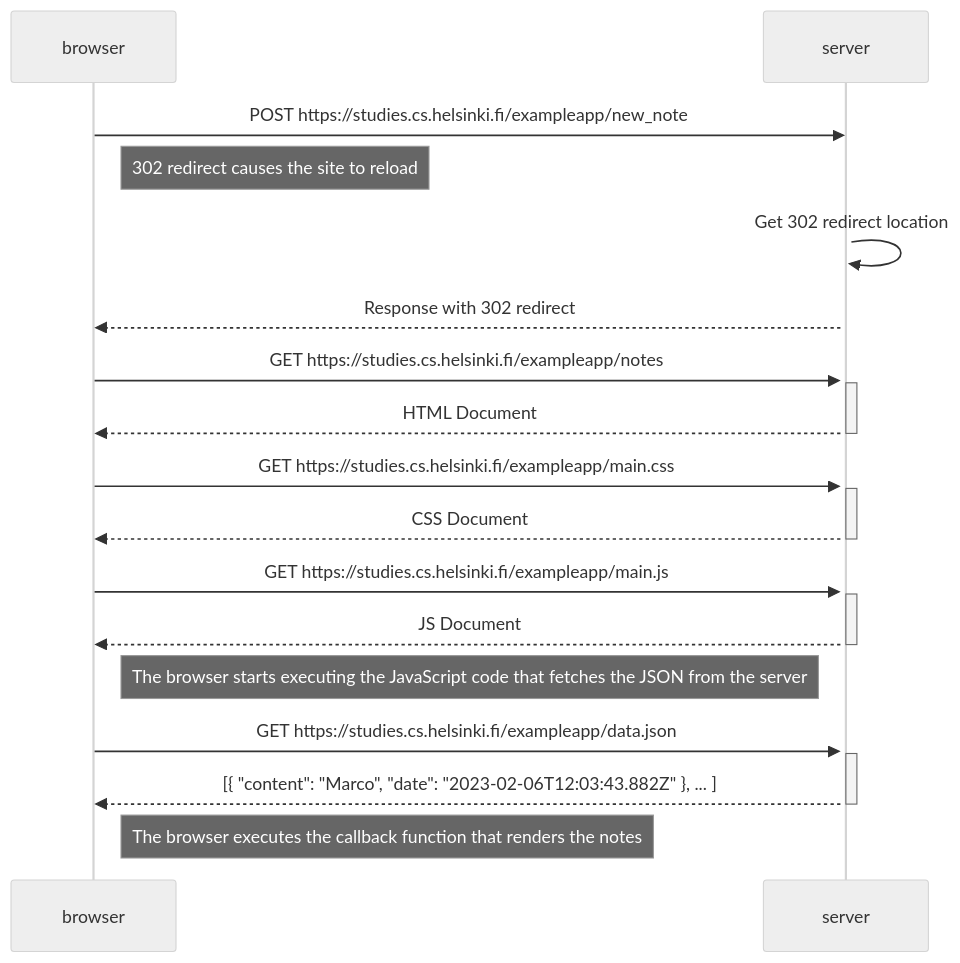
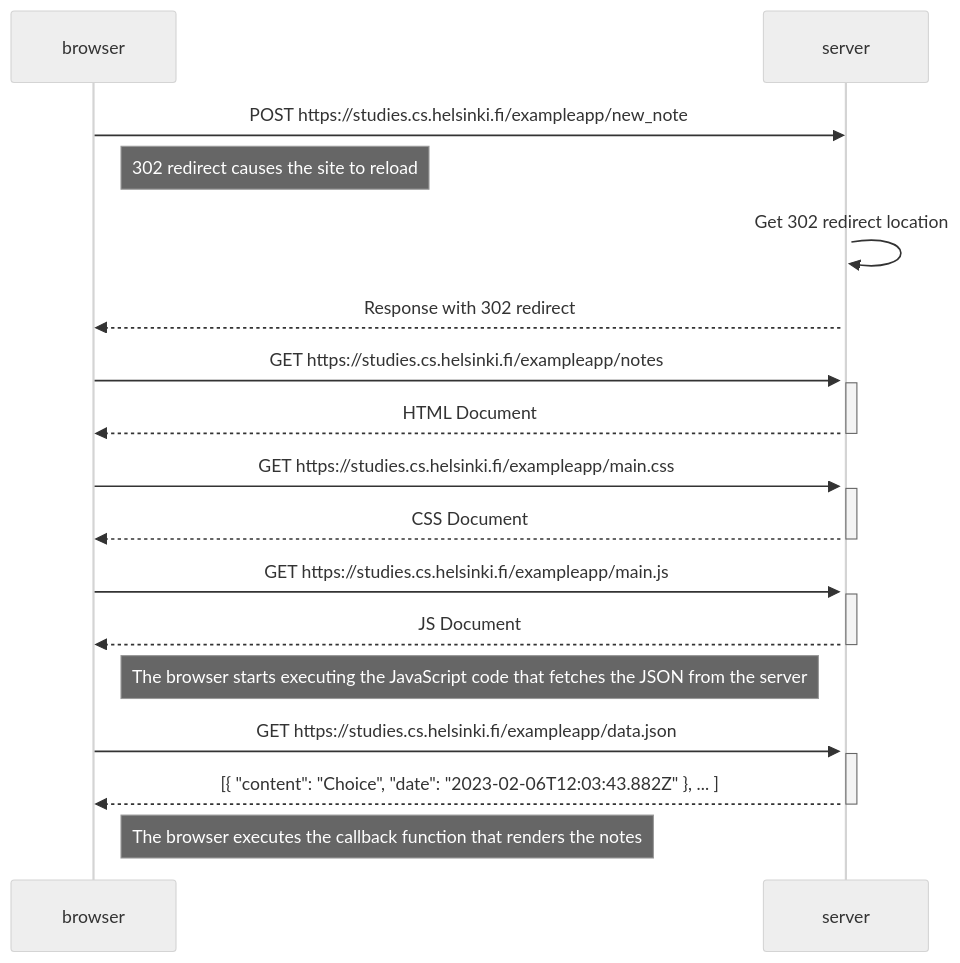
The diagram in part0/0.4.md (Mhi-racle/Full-Stack-Open), drawn with Mermaid (neutral theme) before and after one commit.

````diff
--- a/part0/0.4.md
+++ b/part0/0.4.md
@@ -1,33 +1,33 @@
 ```mermaid
 sequenceDiagram
     participant browser
     participant server
     
     browser->>server: POST https://studies.cs.helsinki.fi/exampleapp/new_note
     Note right of browser: 302 redirect causes the site to reload
     activate server
     server->>server: Get 302 redirect location
     server-->>browser: Response with 302 redirect
     
     browser->>server: GET https://studies.cs.helsinki.fi/exampleapp/notes
     activate server
     server-->>browser: HTML Document
     deactivate server
     
     browser->>server: GET https://studies.cs.helsinki.fi/exampleapp/main.css
     activate server
     server-->>browser: CSS Document
     deactivate server
     
     browser->>server: GET https://studies.cs.helsinki.fi/exampleapp/main.js
     activate server
     server-->>browser: JS Document
     deactivate server
     Note right of browser: The browser starts executing the JavaScript code that fetches the JSON from the server
     
     browser->>server: GET https://studies.cs.helsinki.fi/exampleapp/data.json
     activate server
-    server-->>browser: [{ "content": "Marco", "date": "2023-02-06T12:03:43.882Z" }, ... ]
+    server-->>browser: [{ "content": "Choice", "date": "2023-02-06T12:03:43.882Z" }, ... ]
     deactivate server
     Note right of browser: The browser executes the callback function that renders the notes 
 ```
````
